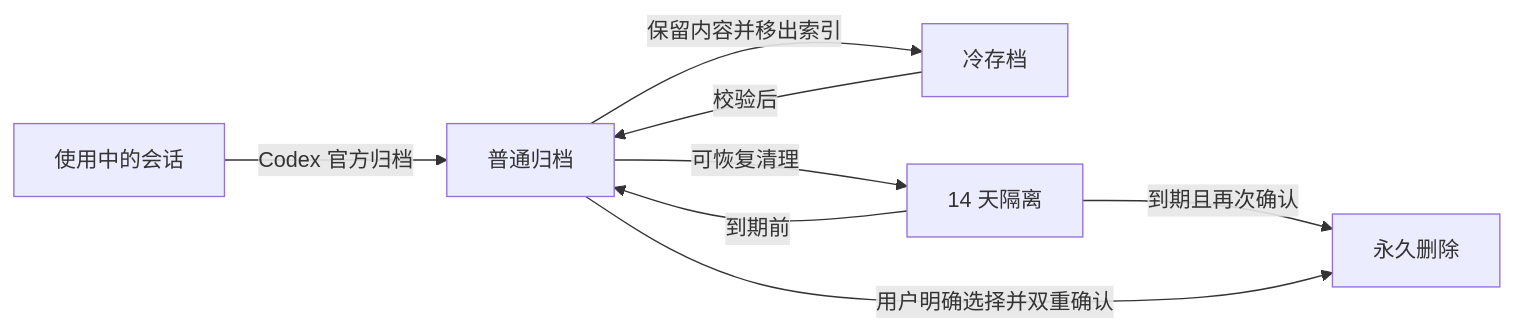
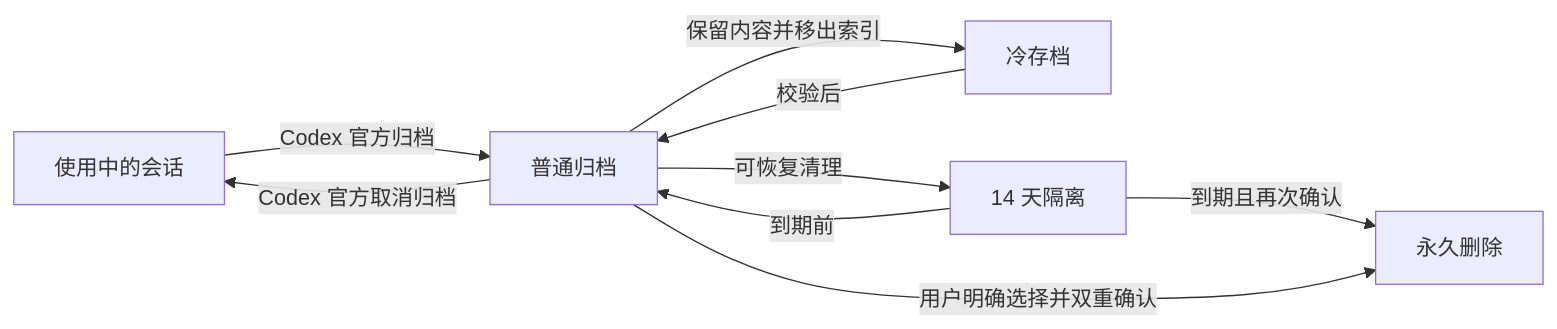
One commit to wushijing123/Codex-Session-Manager changed the diagram in README.md. Above: the diagram before and after it, drawn with Mermaid. The commit also changed other lines of this file and 12 other files, not shown here.

````diff
--- a/README.md
+++ b/README.md
@@ -128,10 +129,11 @@
 ```mermaid
 flowchart LR
     A[使用中的会话] -->|Codex 官方归档| B[普通归档]
+    B -->|Codex 官方取消归档| A
     B -->|保留内容并移出索引| C[冷存档]
     B -->|可恢复清理| D[14 天隔离]
     C -->|校验后| B
     D -->|到期前| B
     D -->|到期且再次确认| E[永久删除]
     B -->|用户明确选择并双重确认| E
 ```
````
